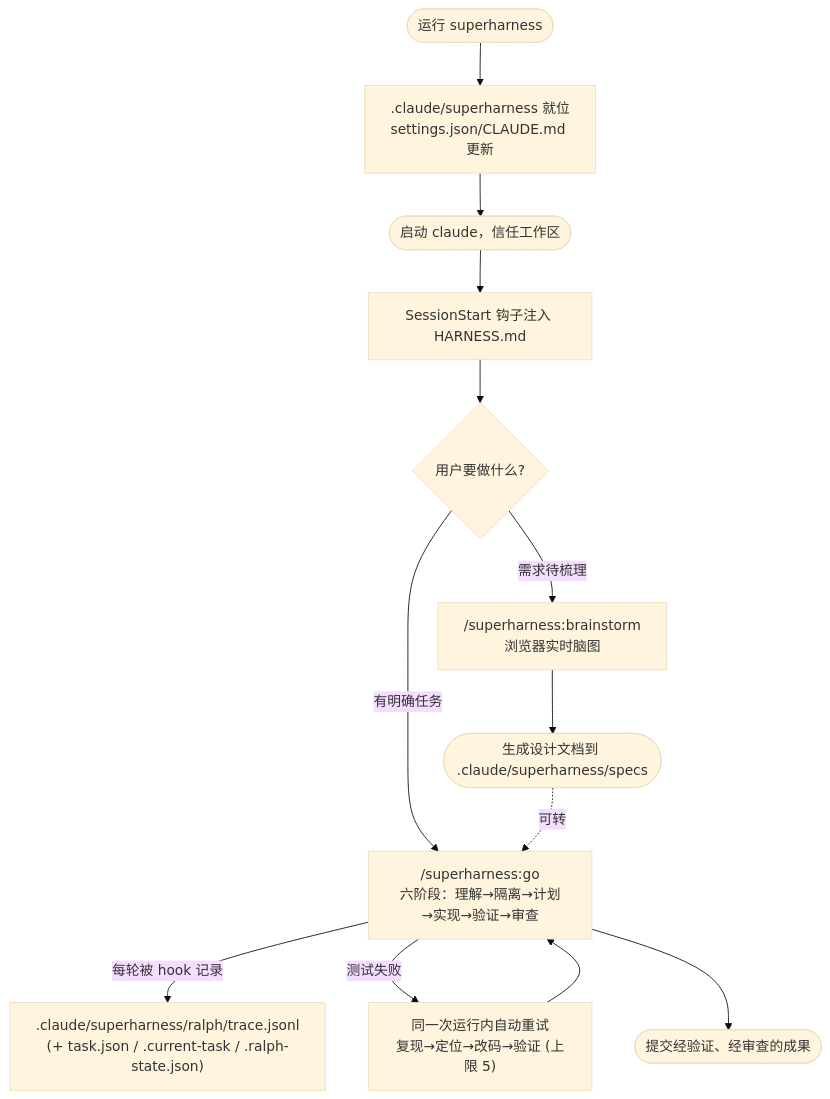
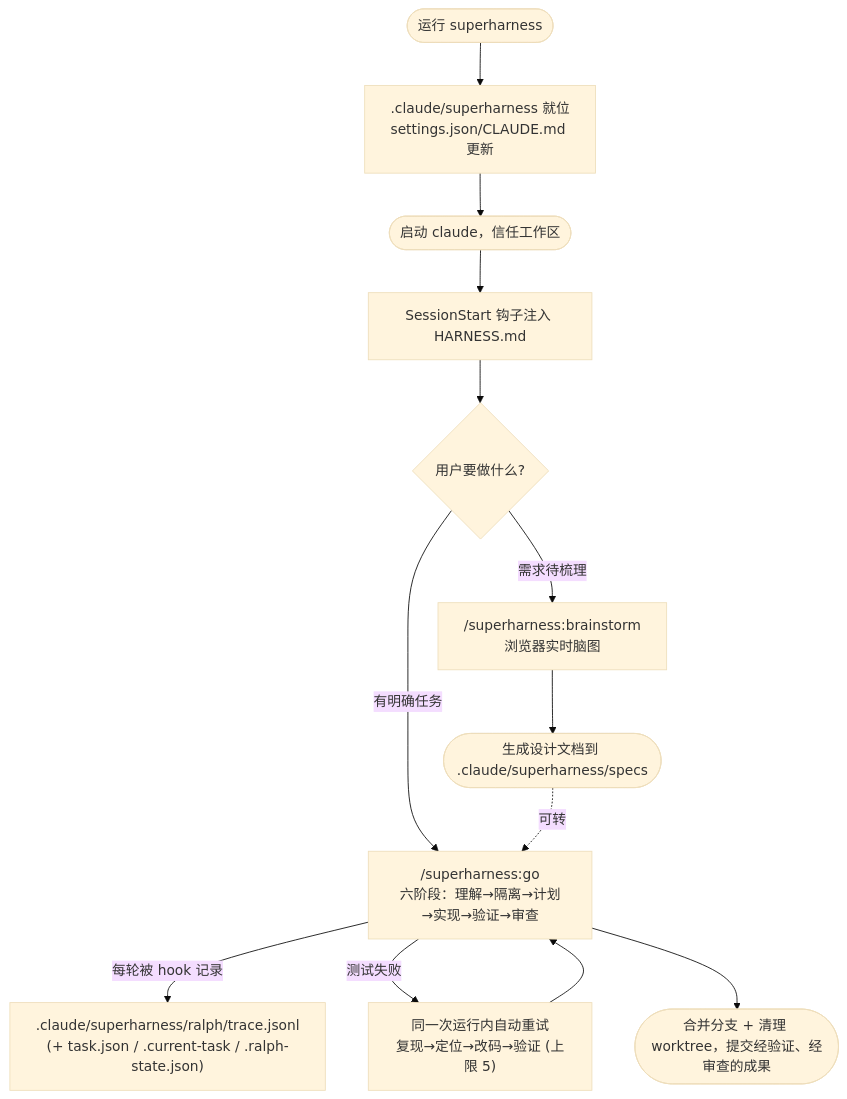
Before and after one commit to YachuanWzh/harness: diagram 13 of 13 in 技术方案文档.md, drawn with Mermaid (base theme). The commit also changed other lines of this file and 10 other files, not shown here.

````diff
--- a/技术方案文档.md
+++ b/技术方案文档.md
@@ -527,15 +537,15 @@
 ```mermaid
 flowchart TD
     A([运行 superharness]) --> B[".claude/superharness 就位<br/>settings.json/CLAUDE.md 更新"]
     B --> C([启动 claude，信任工作区])
     C --> D["SessionStart 钩子注入 HARNESS.md"]
     D --> E{用户要做什么?}
     E -->|有明确任务| F["/superharness:go<br/>六阶段：理解→隔离→计划→实现→验证→审查"]
     E -->|需求待梳理| G["/superharness:brainstorm<br/>浏览器实时脑图"]
     F -->|每轮被 hook 记录| T[".claude/superharness/ralph/trace.jsonl<br/>(+ task.json / .current-task / .ralph-state.json)"]
     F -->|测试失败| RS["同一次运行内自动重试<br/>复现→定位→改码→验证 (上限 5)"]
     RS --> F
-    F --> H([提交经验证、经审查的成果])
+    F --> H([合并分支 + 清理 worktree，提交经验证、经审查的成果])
     G --> I([生成设计文档到 .claude/superharness/specs])
     I -.可转.-> F
 ```
````
